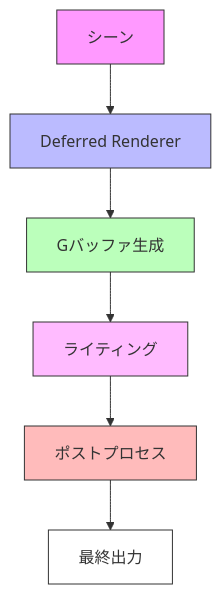
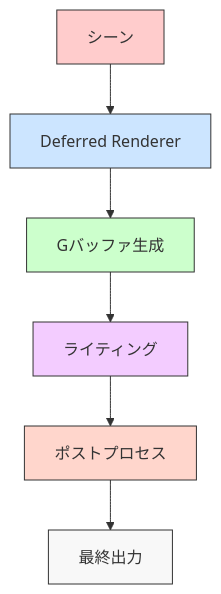
Before and after one commit to ukonpower/OREngine: the second of 2 diagrams in docs/architecture/core.md, drawn with Mermaid. The commit also changed 5 other files, not shown here.

Commit message:
docs: tweak colors in diagrams

````diff
--- a/docs/architecture/core.md
+++ b/docs/architecture/core.md
@@ -158,15 +158,15 @@
 ```mermaid
 flowchart TB
     Scene[シーン] --> DR[Deferred Renderer]
     DR --> GBuf[Gバッファ生成]
     GBuf --> Light[ライティング]
     Light --> PP[ポストプロセス]
     PP --> Out[最終出力]
 
-    style Scene fill:#f9f,stroke:#333
-    style DR fill:#bbf,stroke:#333
-    style GBuf fill:#bfb,stroke:#333
-    style Light fill:#fbf,stroke:#333
-    style PP fill:#fbb,stroke:#333
-    style Out fill:#fff,stroke:#333
+    style Scene fill:#ffcccc,stroke:#333
+    style DR fill:#cce5ff,stroke:#333
+    style GBuf fill:#ccffcc,stroke:#333
+    style Light fill:#f3ccff,stroke:#333
+    style PP fill:#ffd6cc,stroke:#333
+    style Out fill:#f8f8f8,stroke:#333
 ```
````
